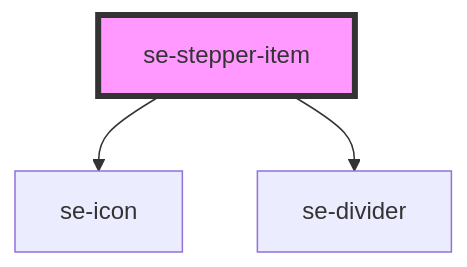
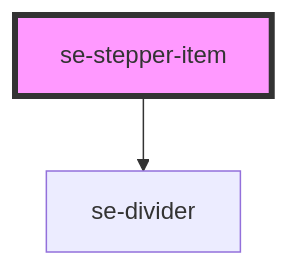
Before and after one commit to robbiemcmullense/se-web-ui: the diagram in src-core/src/components/stepper-item/readme.md, drawn with Mermaid. The commit also changed other lines of this file and 11 other files, not shown here.

````diff
--- a/src-core/src/components/stepper-item/readme.md
+++ b/src-core/src/components/stepper-item/readme.md
@@ -24,6 +30,5 @@
 ```mermaid
 graph TD;
-  se-stepper-item --> se-icon
   se-stepper-item --> se-divider
   style se-stepper-item fill:#f9f,stroke:#333,stroke-width:4px
 ```
````
